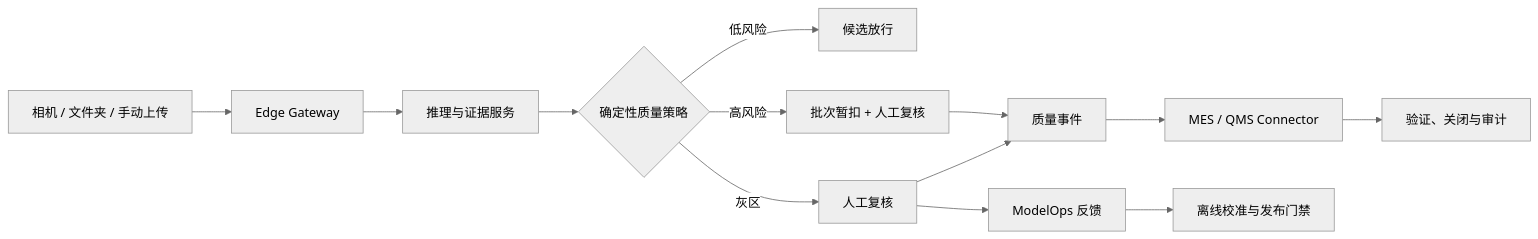
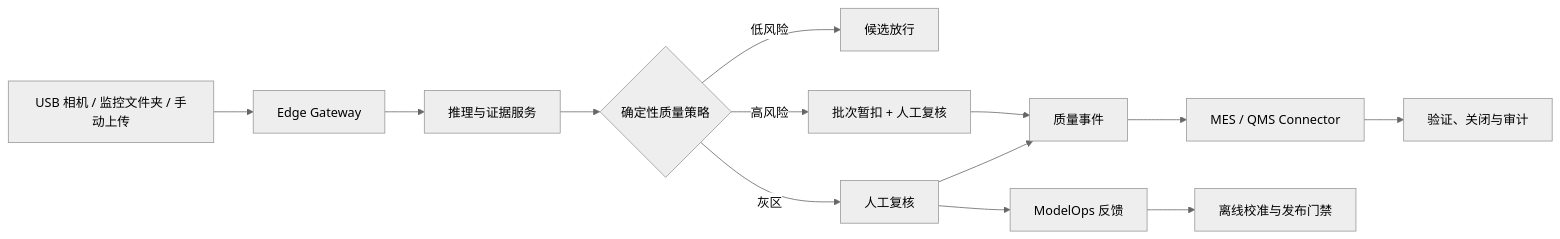
The diagram in README.md (wangkeyu-u/VisionQC), drawn with Mermaid (neutral theme) before and after one commit. The commit also changed other lines of this file and 20 other files, not shown here.

````diff
--- a/README.md
+++ b/README.md
@@ -26,15 +32,15 @@
 ```mermaid
 flowchart LR
-    A["相机 / 文件夹 / 手动上传"] --> B["Edge Gateway"]
+    A["USB 相机 / 监控文件夹 / 手动上传"] --> B["Edge Gateway"]
     B --> C["推理与证据服务"]
     C --> D{"确定性质量策略"}
     D -->|低风险| E["候选放行"]
     D -->|灰区| F["人工复核"]
     D -->|高风险| G["批次暂扣 + 人工复核"]
     F --> H["质量事件"]
     G --> H
     H --> I["MES / QMS Connector"]
     I --> J["验证、关闭与审计"]
     F --> K["ModelOps 反馈"]
     K --> L["离线校准与发布门禁"]
 ```
````
